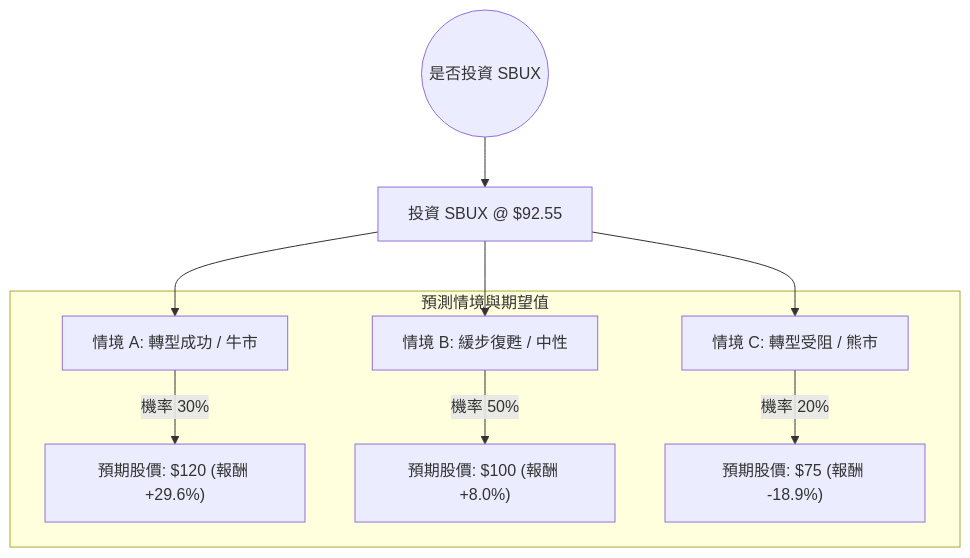
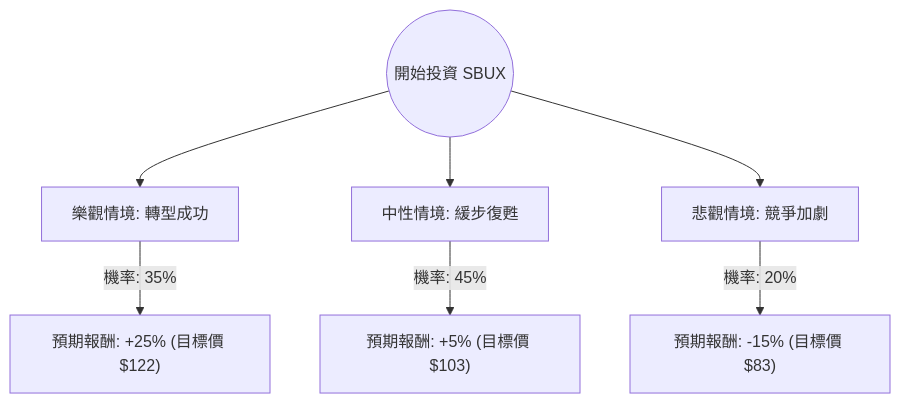
The diagram in plugin-react/ai-analysis/ev-analysis/SBUX.md (zmcx16/zmcx16.github.io), drawn with Mermaid before and after one commit. The commit also changed other lines of this file and 68 other files, not shown here.

````diff
--- a/plugin-react/ai-analysis/ev-analysis/SBUX.md
+++ b/plugin-react/ai-analysis/ev-analysis/SBUX.md
@@ -21,14 +19,10 @@
 ```mermaid
 graph TD
-    Start((是否投資 SBUX)) --> Invest[投資 SBUX @ $92.55]
-    
-    Invest --> Bull[情境 A: 轉型成功 / 牛市]
-    Invest --> Base[情境 B: 緩步復甦 / 中性]
-    Invest --> Bear[情境 C: 轉型受阻 / 熊市]
+    Start((開始投資 SBUX)) --> Optimistic[樂觀情境: 轉型成功]
+    Start --> Neutral[中性情境: 緩步復甦]
+    Start --> Pessimistic[悲觀情境: 競爭加劇]
 
-    subgraph 預測情境與期望值
-    Bull -- "機率 30%" --> BullVal["預期股價: $120 (報酬 +29.6%)"]
-    Base -- "機率 50%" --> BaseVal["預期股價: $100 (報酬 +8.0%)"]
-    Bear -- "機率 20%" --> BearVal["預期股價: $75 (報酬 -18.9%)"]
-    end
+    Optimistic -- "機率: 35%" --> OptReturn["預期報酬: +25% (目標價 $122)"]
+    Neutral -- "機率: 45%" --> NeuReturn["預期報酬: +5% (目標價 $103)"]
+    Pessimistic -- "機率: 20%" --> PesReturn["預期報酬: -15% (目標價 $83)"]
 ```
````
